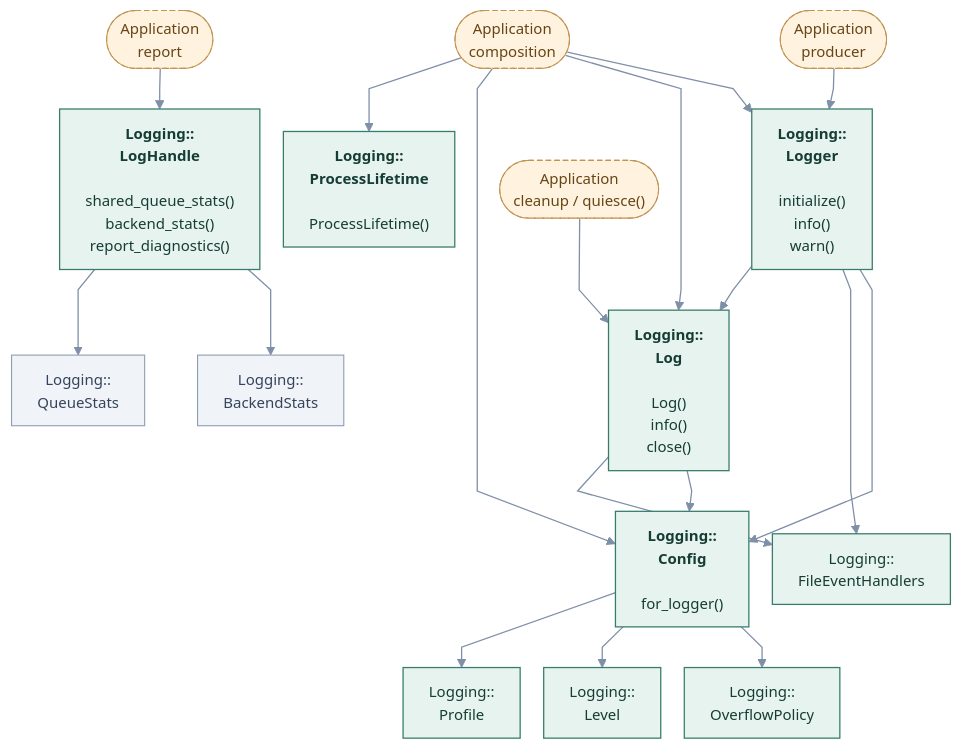
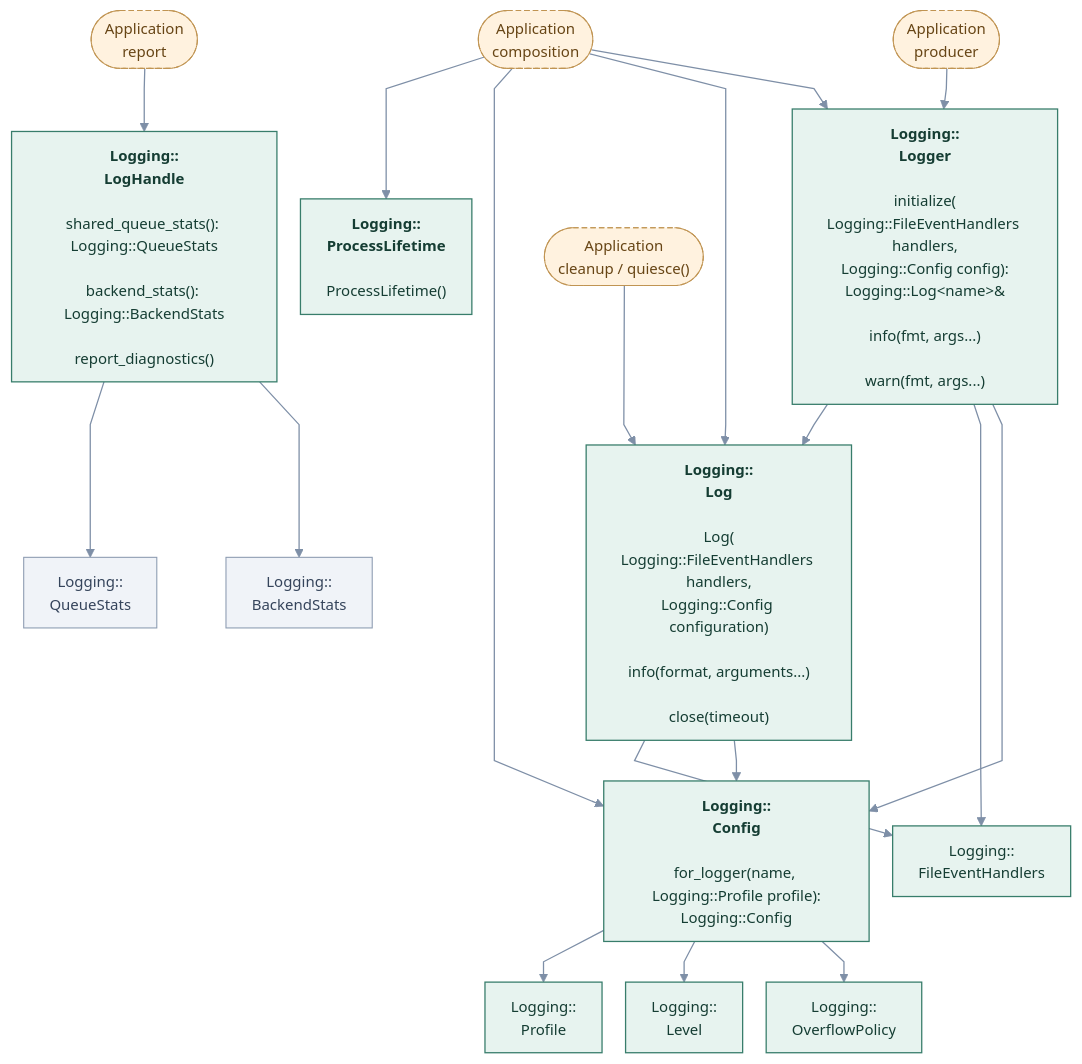
Before and after one commit to cppcooper/cheryl-engine: the diagram in docs/site/engine-systems/diagrams/logging-application.mmd, drawn with Mermaid. The commit also changed 22 other files, not shown here.

First line of the commit message:
Adds argument and result types to application diagrams

```diff
--- a/docs/site/engine-systems/diagrams/logging-application.mmd
+++ b/docs/site/engine-systems/diagrams/logging-application.mmd
@@ -1,53 +1,53 @@
 ---
 config:
   theme: base
   themeVariables:
     fontFamily: system-ui, sans-serif
     fontSize: 14px
   flowchart:
     htmlLabels: true
     curve: linear
     nodeSpacing: 22
     rankSpacing: 38
     padding: 12
 ---
 flowchart TB
     accTitle: Logging · application configuration and writers
     accDescr: Arrows point toward the API or type used, not call order or data flow. Methods beneath type names are selected application entry points; Implement hooks marks engine-invoked overrides. Dashed arrows mark optional choices.
     k0(["Application<br/>composition"]):::app
     k1["<b>Logging::<br/>ProcessLifetime</b><br/><br/>ProcessLifetime()"]:::focal
-    k2["<b>Logging::<br/>Config</b><br/><br/>for_logger()"]:::focal
-    k3["<b>Logging::<br/>Log</b><br/><br/>Log()<br/>info()<br/>close()"]:::focal
+    k2["<b>Logging::<br/>Config</b><br/><br/>for_logger(name, Logging::Profile profile):<br/>Logging::Config"]:::focal
+    k3["<b>Logging::<br/>Log</b><br/><br/>Log(<br/>Logging::FileEventHandlers handlers,<br/>Logging::Config configuration)<br/><br/>info(format, arguments...)<br/><br/>close(timeout)"]:::focal
     k4["Logging::<br/>Profile"]:::focal
     k5["Logging::<br/>Level"]:::focal
     k6["Logging::<br/>OverflowPolicy"]:::focal
     k7["Logging::<br/>FileEventHandlers"]:::focal
     k8(["Application<br/>producer"]):::app
-    k9["<b>Logging::<br/>Logger</b><br/><br/>initialize()<br/>info()<br/>warn()"]:::focal
+    k9["<b>Logging::<br/>Logger</b><br/><br/>initialize(<br/>Logging::FileEventHandlers handlers,<br/>Logging::Config config):<br/>Logging::Log&lt;name&gt;&amp;<br/><br/>info(fmt, args...)<br/><br/>warn(fmt, args...)"]:::focal
     k10(["Application<br/>report"]):::app
-    k11["<b>Logging::<br/>LogHandle</b><br/><br/>shared_queue_stats()<br/>backend_stats()<br/>report_diagnostics()"]:::focal
+    k11["<b>Logging::<br/>LogHandle</b><br/><br/>shared_queue_stats(): Logging::QueueStats<br/><br/>backend_stats(): Logging::BackendStats<br/><br/>report_diagnostics()"]:::focal
     k12["Logging::<br/>QueueStats"]:::neighbor
     k13(["Application<br/>cleanup / quiesce()"]):::app
     k14["Logging::<br/>BackendStats"]:::neighbor
     k0 --> k1
     k0 --> k2
     k0 --> k3
     k2 --> k4
     k2 --> k5
     k2 --> k6
     k3 --> k7
     k8 --> k9
     k9 --> k3
     k10 --> k11
     k11 --> k12
     k13 --> k3
     k0 --> k9
     k3 --> k2
     k9 --> k7
     k9 --> k2
     k11 --> k14
     classDef focal fill:#e7f3ef,stroke:#387d6b,color:#153d33,stroke-width:1.2px
     classDef neighbor fill:#f0f3f8,stroke:#8c9bb1,color:#35445b,stroke-width:1px
     classDef app fill:#fff2df,stroke:#c09452,color:#674515,stroke-dasharray:5 3
     classDef system fill:#eaf0fc,stroke:#617fab,color:#263f69,stroke-width:1.2px
     linkStyle default stroke:#7e8fa7,stroke-width:1.2px
```
